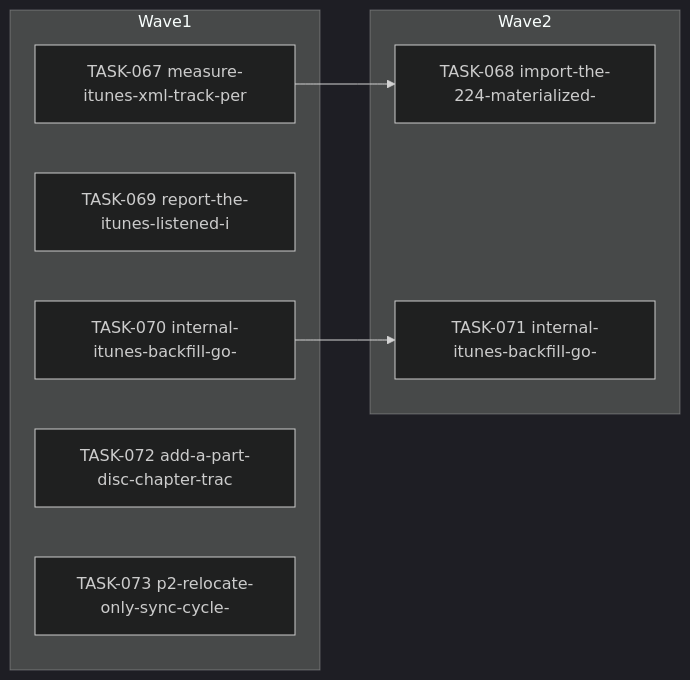
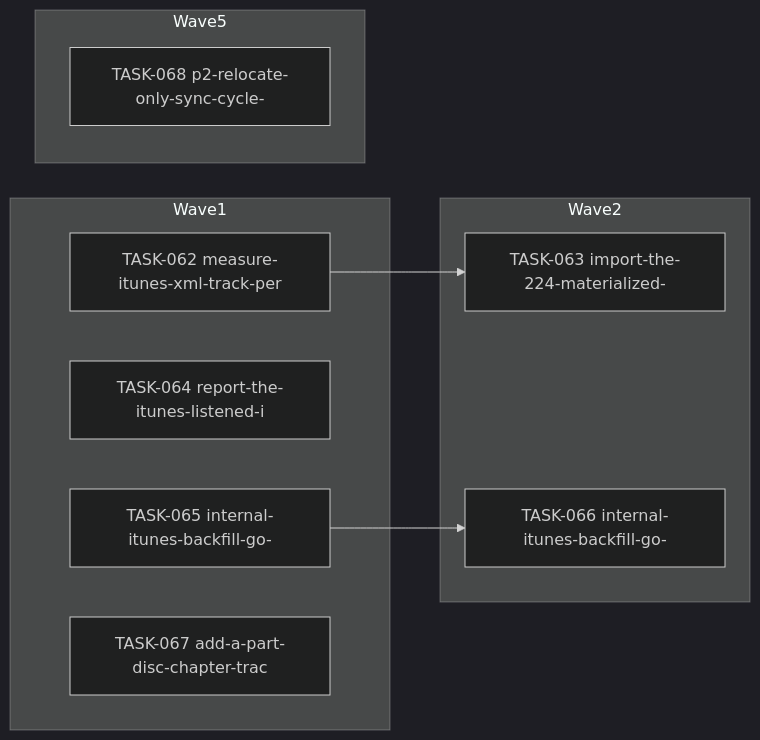
One commit to falkcorp/audiobook-organizer changed the diagram in docs/agent-tasks/todo-completion/itunes/orchestration.md. Above: the diagram before and after it, drawn with Mermaid (dark theme). The commit also changed other lines of this file and 428 other files, not shown here.

````diff
--- a/docs/agent-tasks/todo-completion/itunes/orchestration.md
+++ b/docs/agent-tasks/todo-completion/itunes/orchestration.md
@@ -12,16 +12,18 @@
 ```mermaid
 flowchart LR
     subgraph Wave1
-      TASK067[TASK-067 measure-itunes-xml-track-per]
-      TASK069[TASK-069 report-the-itunes-listened-i]
-      TASK070[TASK-070 internal-itunes-backfill-go-]
-      TASK072[TASK-072 add-a-part-disc-chapter-trac]
-      TASK073[TASK-073 p2-relocate-only-sync-cycle-]
+      TASK062[TASK-062 measure-itunes-xml-track-per]
+      TASK064[TASK-064 report-the-itunes-listened-i]
+      TASK065[TASK-065 internal-itunes-backfill-go-]
+      TASK067[TASK-067 add-a-part-disc-chapter-trac]
     end
     subgraph Wave2
-      TASK068[TASK-068 import-the-224-materialized-]
-      TASK071[TASK-071 internal-itunes-backfill-go-]
+      TASK063[TASK-063 import-the-224-materialized-]
+      TASK066[TASK-066 internal-itunes-backfill-go-]
     end
-    TASK067 --> TASK068
-    TASK070 --> TASK071
+    subgraph Wave5
+      TASK068[TASK-068 p2-relocate-only-sync-cycle-]
+    end
+    TASK062 --> TASK063
+    TASK065 --> TASK066
 ```
````
